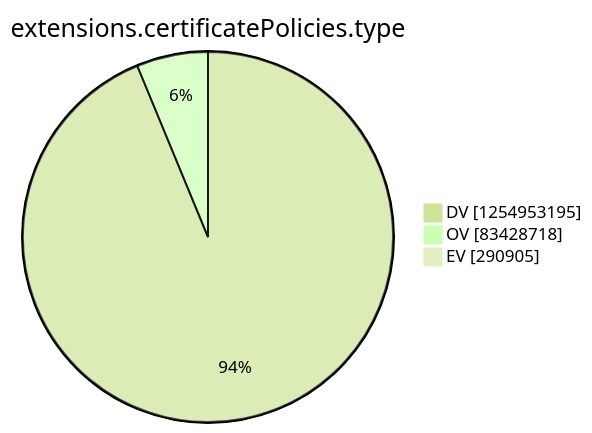
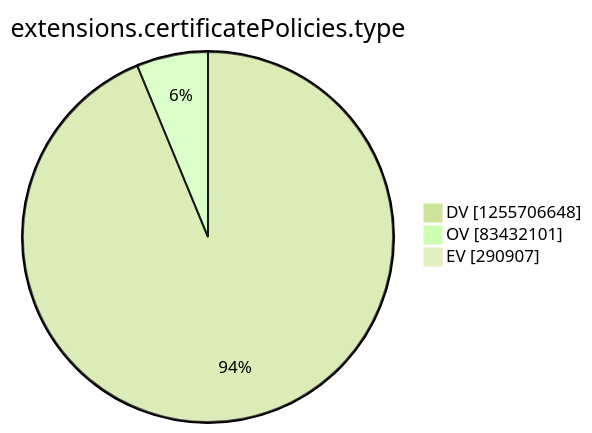
One commit to christiankrug/ctmonitor_visualization changed the tenth of 15 diagrams in argon2022/README.md. Above: the diagram before and after it, drawn with Mermaid (forest theme). The commit also changed other lines of this file, not shown here.

````diff
--- a/argon2022/README.md
+++ b/argon2022/README.md
@@ -2771,7 +2771,7 @@
 ```mermaid
 pie showData
 title extensions.certificatePolicies.type
-"DV" :1254953195
-"OV" :83428718
-"EV" :290905
+"DV" :1255706648
+"OV" :83432101
+"EV" :290907
 ```
````
